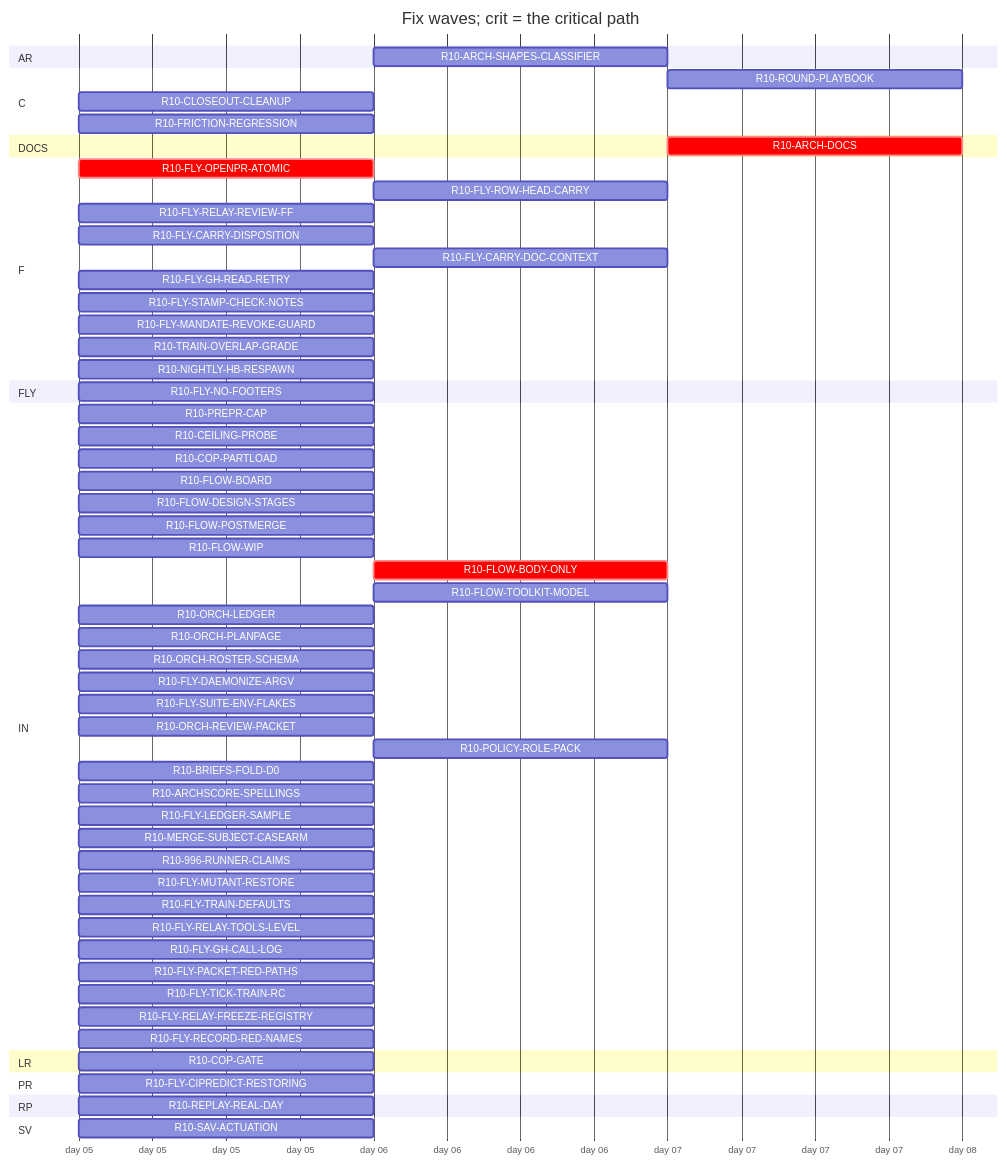
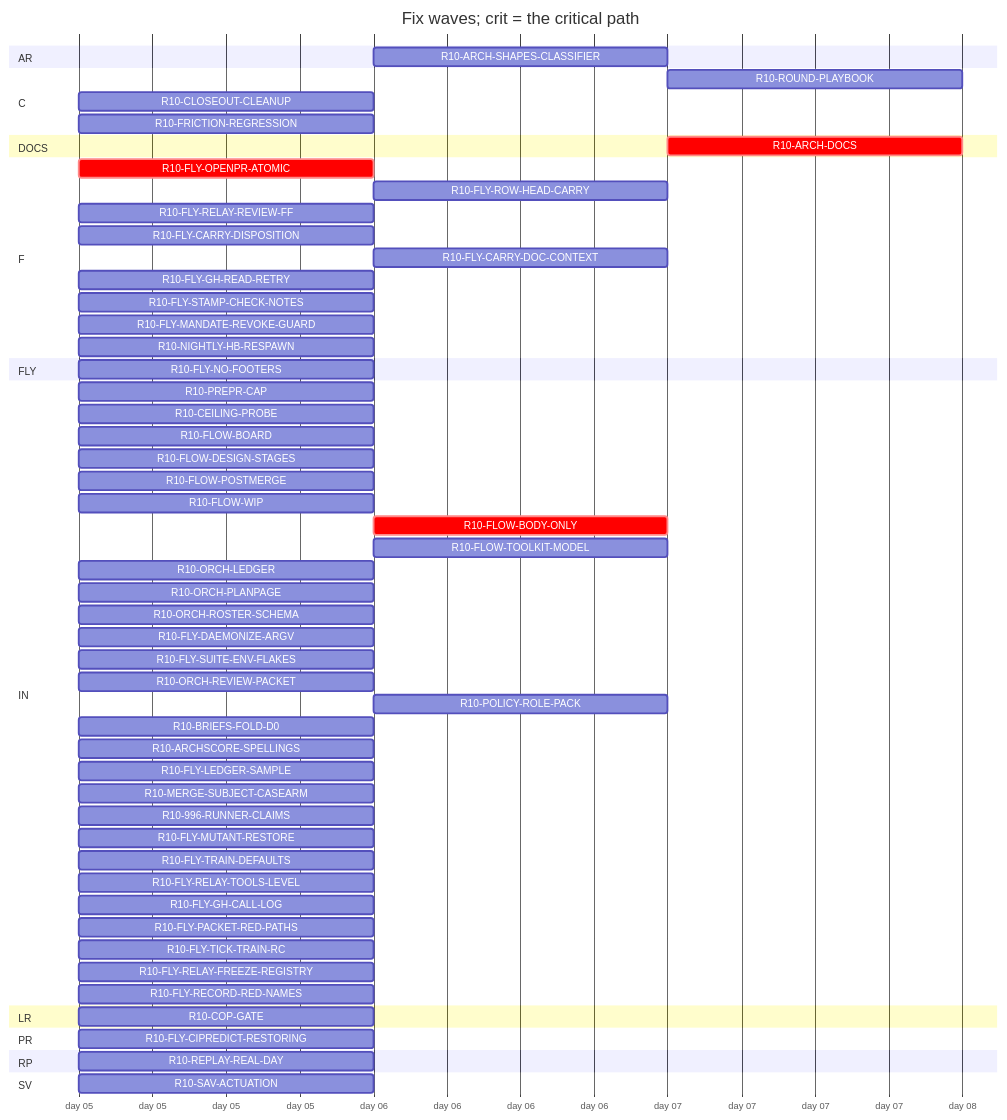
Before and after one commit to tvofi/heatpump_optimizer: the diagram in handoff/round10/state/PLAN-TABLE.md, drawn with Mermaid. The commit also changed other lines of this file and 3 other files, not shown here.

Commit message:
state: FLOW-BOARD.md, NEXT-SESSION-PROMPT.md, PLAN-TABLE.md, RESUME-CURRENT.md regenerated (state_docs.py)

````diff
--- a/handoff/round10/state/PLAN-TABLE.md
+++ b/handoff/round10/state/PLAN-TABLE.md
@@ -23,65 +23,63 @@
 ```mermaid
 gantt
   title Fix waves; crit = the critical path
   dateFormat YYYY-MM-DD
   axisFormat day %d
   section AR
     R10-ARCH-SHAPES-CLASSIFIER :r10ARCHSHAPESCLASSIFIER, after r10996RUNNERCLAIMS, 1d
   section C
     R10-ROUND-PLAYBOOK :r10ROUNDPLAYBOOK, after r10ORCHLEDGER r10ORCHPLANPAGE r10FLYRELAYREVIEWFF r10FLOWBODYONLY, 1d
     R10-CLOSEOUT-CLEANUP :r10CLOSEOUTCLEANUP, 2026-01-05, 1d
     R10-FRICTION-REGRESSION :r10FRICTIONREGRESSION, 2026-01-05, 1d
   section DOCS
-    R10-ARCH-DOCS :crit, r10ARCHDOCS, after r10COPGATE r10CEILINGPROBE r10COPPARTLOAD r10FLOWBOARD r10FLOWDESIGNSTAGES r10FLOWPOSTMERGE r10FLOWWIP r10FLOWBODYONLY r10FLYOPENPRATOMIC r10FLYROWHEADCARRY r10FLYRELAYREVIEWFF r10FLYCARRYDISPOSITION r10FLYCARRYDOCCONTEXT r10FLOWTOOLKITMODEL r10FLYSTAMPCHECKNOTES r10FLYMANDATEREVOKEGUARD r10TRAINOVERLAPGRADE r10NIGHTLYHBRESPAWN r10ORCHLEDGER r10ORCHPLANPAGE r10ORCHROSTERSCHEMA r10FLYDAEMONIZEARGV r10ORCHREVIEWPACKET r10POLICYROLEPACK r10BRIEFSFOLDD0 r10REPLAYREALDAY r10ARCHSCORESPELLINGS r10SAVACTUATION r10FLYLEDGERSAMPLE, 1d
+    R10-ARCH-DOCS :crit, r10ARCHDOCS, after r10COPGATE r10CEILINGPROBE r10FLOWBOARD r10FLOWDESIGNSTAGES r10FLOWPOSTMERGE r10FLOWWIP r10FLOWBODYONLY r10FLYOPENPRATOMIC r10FLYROWHEADCARRY r10FLYRELAYREVIEWFF r10FLYCARRYDISPOSITION r10FLYCARRYDOCCONTEXT r10FLOWTOOLKITMODEL r10FLYSTAMPCHECKNOTES r10FLYMANDATEREVOKEGUARD r10NIGHTLYHBRESPAWN r10ORCHLEDGER r10ORCHPLANPAGE r10ORCHROSTERSCHEMA r10FLYDAEMONIZEARGV r10ORCHREVIEWPACKET r10POLICYROLEPACK r10BRIEFSFOLDD0 r10REPLAYREALDAY r10ARCHSCORESPELLINGS r10SAVACTUATION r10FLYLEDGERSAMPLE, 1d
   section F
     R10-FLY-OPENPR-ATOMIC :crit, r10FLYOPENPRATOMIC, 2026-01-05, 1d
     R10-FLY-ROW-HEAD-CARRY :r10FLYROWHEADCARRY, after r10FLYOPENPRATOMIC, 1d
     R10-FLY-RELAY-REVIEW-FF :r10FLYRELAYREVIEWFF, 2026-01-05, 1d
     R10-FLY-CARRY-DISPOSITION :r10FLYCARRYDISPOSITION, 2026-01-05, 1d
     R10-FLY-CARRY-DOC-CONTEXT :r10FLYCARRYDOCCONTEXT, after r10FLYGHREADRETRY, 1d
     R10-FLY-GH-READ-RETRY :r10FLYGHREADRETRY, 2026-01-05, 1d
     R10-FLY-STAMP-CHECK-NOTES :r10FLYSTAMPCHECKNOTES, 2026-01-05, 1d
     R10-FLY-MANDATE-REVOKE-GUARD :r10FLYMANDATEREVOKEGUARD, 2026-01-05, 1d
-    R10-TRAIN-OVERLAP-GRADE :r10TRAINOVERLAPGRADE, 2026-01-05, 1d
     R10-NIGHTLY-HB-RESPAWN :r10NIGHTLYHBRESPAWN, 2026-01-05, 1d
   section FLY
     R10-FLY-NO-FOOTERS :r10FLYNOFOOTERS, 2026-01-05, 1d
   section IN
     R10-PREPR-CAP :r10PREPRCAP, 2026-01-05, 1d
     R10-CEILING-PROBE :r10CEILINGPROBE, 2026-01-05, 1d
-    R10-COP-PARTLOAD :r10COPPARTLOAD, 2026-01-05, 1d
     R10-FLOW-BOARD :r10FLOWBOARD, 2026-01-05, 1d
     R10-FLOW-DESIGN-STAGES :r10FLOWDESIGNSTAGES, 2026-01-05, 1d
     R10-FLOW-POSTMERGE :r10FLOWPOSTMERGE, 2026-01-05, 1d
     R10-FLOW-WIP :r10FLOWWIP, 2026-01-05, 1d
     R10-FLOW-BODY-ONLY :crit, r10FLOWBODYONLY, after r10FLYOPENPRATOMIC, 1d
     R10-FLOW-TOOLKIT-MODEL :r10FLOWTOOLKITMODEL, after r10ORCHPLANPAGE, 1d
     R10-ORCH-LEDGER :r10ORCHLEDGER, 2026-01-05, 1d
     R10-ORCH-PLANPAGE :r10ORCHPLANPAGE, 2026-01-05, 1d
     R10-ORCH-ROSTER-SCHEMA :r10ORCHROSTERSCHEMA, 2026-01-05, 1d
     R10-FLY-DAEMONIZE-ARGV :r10FLYDAEMONIZEARGV, 2026-01-05, 1d
     R10-FLY-SUITE-ENV-FLAKES :r10FLYSUITEENVFLAKES, 2026-01-05, 1d
     R10-ORCH-REVIEW-PACKET :r10ORCHREVIEWPACKET, 2026-01-05, 1d
     R10-POLICY-ROLE-PACK :r10POLICYROLEPACK, after r10FLOWDESIGNSTAGES, 1d
     R10-BRIEFS-FOLD-D0 :r10BRIEFSFOLDD0, 2026-01-05, 1d
     R10-ARCHSCORE-SPELLINGS :r10ARCHSCORESPELLINGS, 2026-01-05, 1d
     R10-FLY-LEDGER-SAMPLE :r10FLYLEDGERSAMPLE, 2026-01-05, 1d
     R10-MERGE-SUBJECT-CASEARM :r10MERGESUBJECTCASEARM, 2026-01-05, 1d
     R10-996-RUNNER-CLAIMS :r10996RUNNERCLAIMS, 2026-01-05, 1d
     R10-FLY-MUTANT-RESTORE :r10FLYMUTANTRESTORE, 2026-01-05, 1d
     R10-FLY-TRAIN-DEFAULTS :r10FLYTRAINDEFAULTS, 2026-01-05, 1d
     R10-FLY-RELAY-TOOLS-LEVEL :r10FLYRELAYTOOLSLEVEL, 2026-01-05, 1d
     R10-FLY-GH-CALL-LOG :r10FLYGHCALLLOG, 2026-01-05, 1d
     R10-FLY-PACKET-RED-PATHS :r10FLYPACKETREDPATHS, 2026-01-05, 1d
     R10-FLY-TICK-TRAIN-RC :r10FLYTICKTRAINRC, 2026-01-05, 1d
     R10-FLY-RELAY-FREEZE-REGISTRY :r10FLYRELAYFREEZEREGISTRY, 2026-01-05, 1d
     R10-FLY-RECORD-RED-NAMES :r10FLYRECORDREDNAMES, 2026-01-05, 1d
   section LR
     R10-COP-GATE :r10COPGATE, 2026-01-05, 1d
   section PR
     R10-FLY-CIPREDICT-RESTORING :r10FLYCIPREDICTRESTORING, 2026-01-05, 1d
   section RP
     R10-REPLAY-REAL-DAY :r10REPLAYREALDAY, 2026-01-05, 1d
   section SV
     R10-SAV-ACTUATION :r10SAVACTUATION, 2026-01-05, 1d
 ```
````
